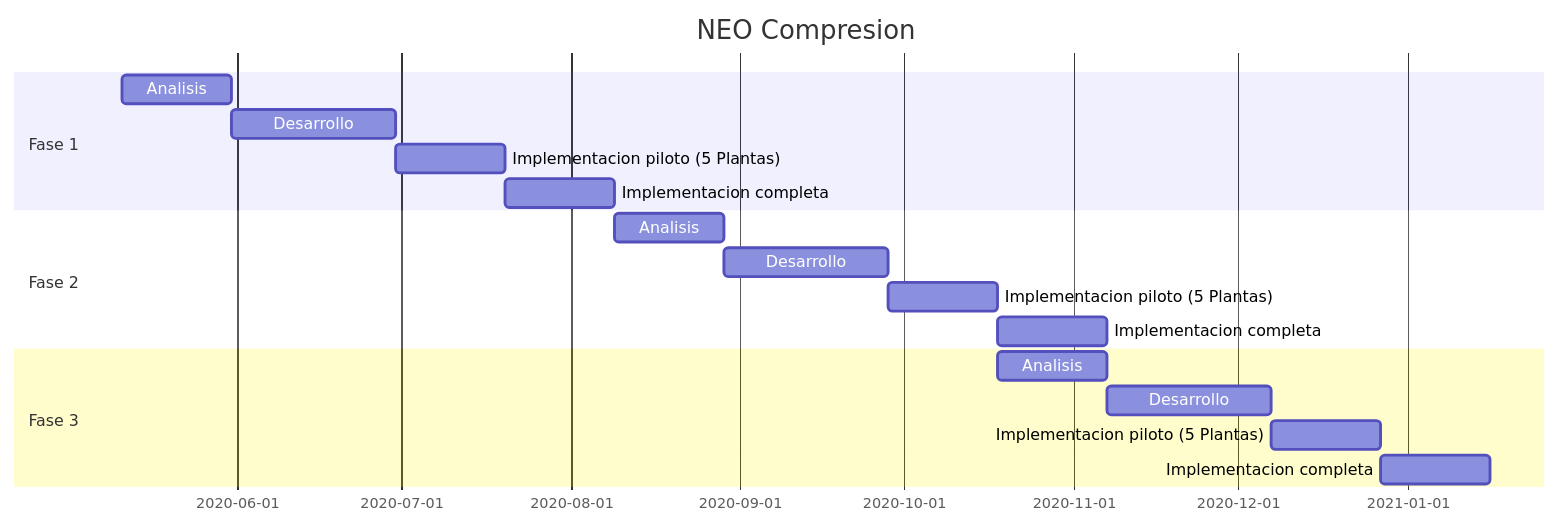
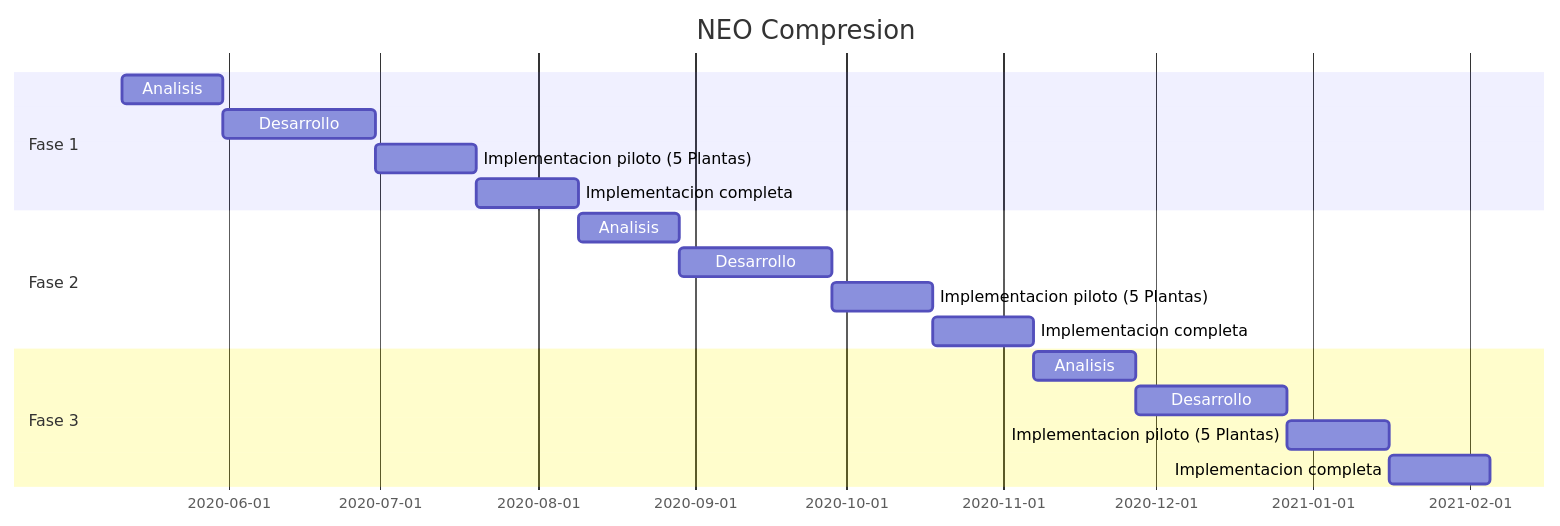
The diagram in NEO - Compresion.md (festavillo/neo-cp), drawn with Mermaid before and after one commit. The commit also changed other lines of this file, not shown here.

Commit message:
NEO - Compresion.md updated from https://stackedit.io/

````diff
--- a/NEO - Compresion.md
+++ b/NEO - Compresion.md
@@ -24,23 +24,23 @@
 ```mermaid
 gantt
     title NEO Compresion
     dateFormat  YYYY-MM-DD
     section Fase 1
     Analisis           :a1, 2020-05-11, 20d
     Desarrollo         :a2, after a1, 30d
     Implementacion piloto (5 Plantas)     :a3, after a2  , 20d
     Implementacion completa     :a4, after a3  , 20d
 
     section Fase 2
     Analisis           :a5, after a4 , 20d
     Desarrollo         :a6, after a5, 30d
     Implementacion piloto (5 Plantas)     :a7, after a6  , 20d
     Implementacion completa     :a8, after a7  , 20d
 
 section Fase 3
-    Analisis           :a8, after a7 , 20d
-    Desarrollo         :a9, after a8, 30d
-    Implementacion piloto (5 Plantas)     :a10, after a9  , 20d
-    Implementacion completa     :a11, after a10  , 20d
+    Analisis           :a9, after a8 , 20d
+    Desarrollo         :a10, after a9, 30d
+    Implementacion piloto (5 Plantas)     :a11, after a10  , 20d
+    Implementacion completa     :a12, after a11  , 20d
 
 ```
````
